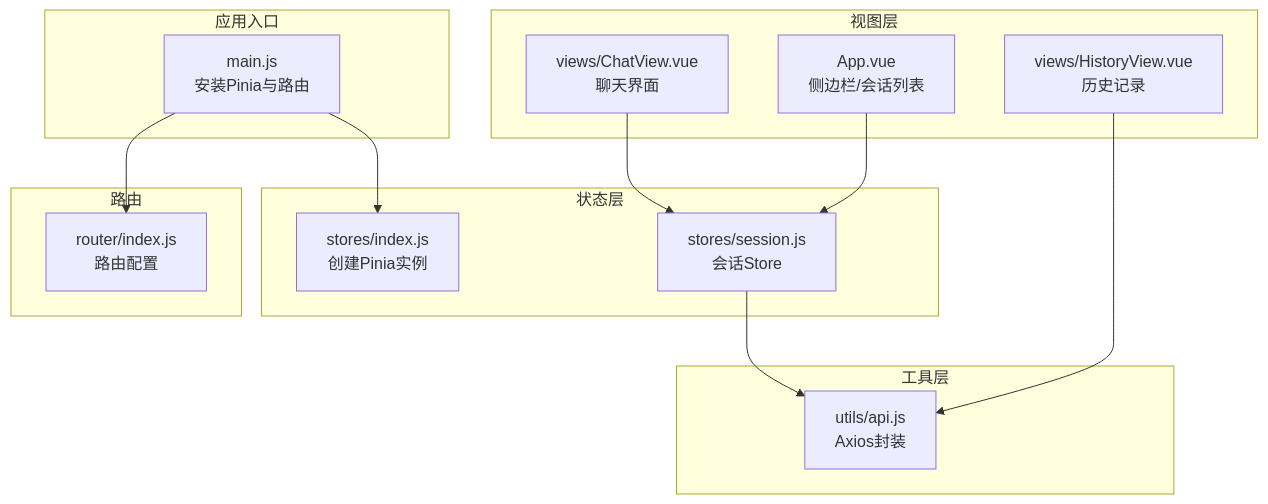
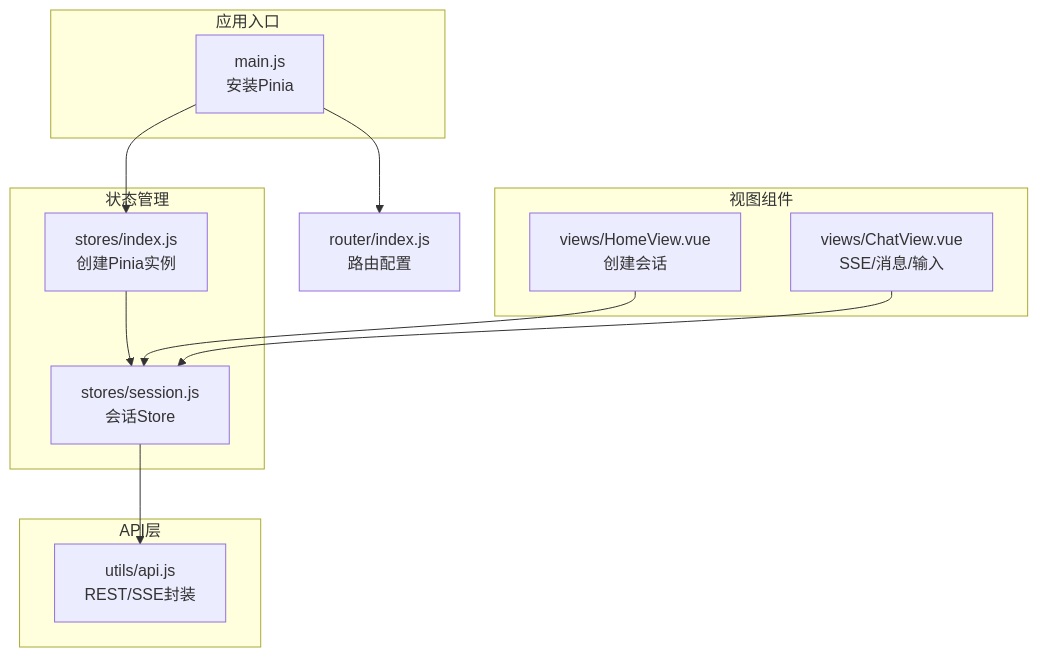
One commit to HanHuiOnLine/724-office changed the first of 6 diagrams in NL2SQL/.qoder/repowiki/zh/content/前端应用/状态管理.md. Above: the diagram before and after it, drawn with Mermaid. The commit also changed other lines of this file and 200 other files, not shown here.

````diff
--- a/NL2SQL/.qoder/repowiki/zh/content/前端应用/状态管理.md
+++ b/NL2SQL/.qoder/repowiki/zh/content/前端应用/状态管理.md
@@ -34,27 +40,24 @@
 ```mermaid
 graph TB
 subgraph "应用入口"
-MAIN["main.js<br/>安装Pinia与路由"]
+M["main.js<br/>安装Pinia"]
 end
-subgraph "状态层"
-STORES["stores/index.js<br/>创建Pinia实例"]
-SESSION["stores/session.js<br/>会话Store"]
+subgraph "状态管理"
+S["stores/index.js<br/>创建Pinia实例"]
+SS["stores/session.js<br/>会话Store"]
 end
-subgraph "视图层"
-APP["App.vue<br/>侧边栏/会话列表"]
-CHAT["views/ChatView.vue<br/>聊天界面"]
-HISTORY["views/HistoryView.vue<br/>历史记录"]
+subgraph "视图组件"
+H["views/HomeView.vue<br/>创建会话"]
+C["views/ChatView.vue<br/>SSE/消息/输入"]
 end
-subgraph "路由"
-ROUTER["router/index.js<br/>路由配置"]
+subgraph "API层"
+A["utils/api.js<br/>REST/SSE封装"]
 end
-subgraph "工具层"
-API["utils/api.js<br/>Axios封装"]
-end
-MAIN --> STORES
-MAIN --> ROUTER
-APP --> SESSION
-CHAT --> SESSION
-HISTORY --> API
-SESSION --> API
+R["router/index.js<br/>路由配置"]
+M --> S
+M --> R
+S --> SS
+H --> SS
+C --> SS
+SS --> A
 ```
````
